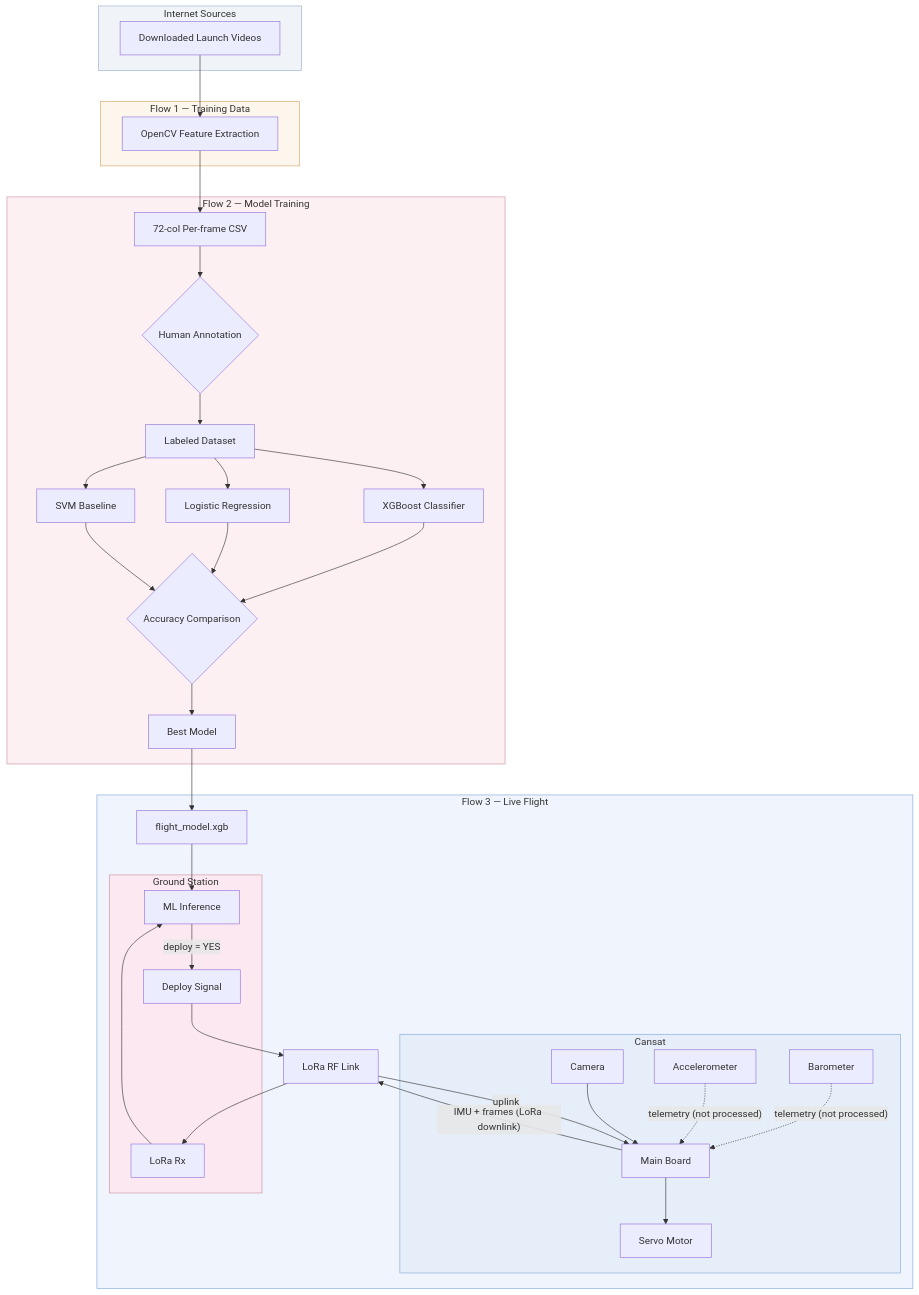
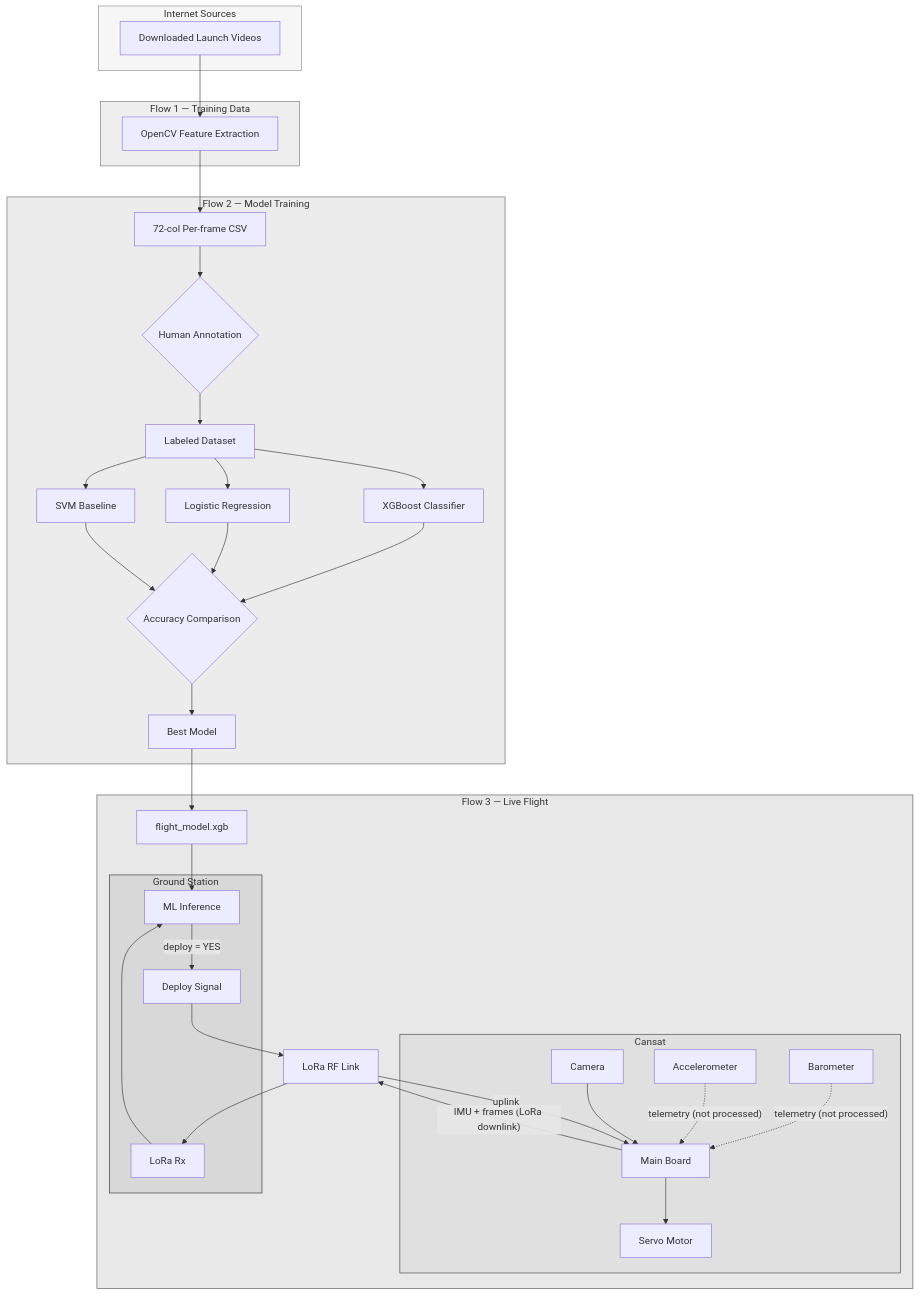
The first of 5 diagrams in README.md (7-wwh/AeroNotts), drawn with Mermaid before and after one commit. The commit also changed other lines of this file, not shown here.

Commit message:
docs: convert diagrams to black/white grayscale

````diff
--- a/README.md
+++ b/README.md
@@ -50,70 +10,70 @@
 ```mermaid
 flowchart TB
     subgraph INTERNET ["Internet Sources"]
         V[Downloaded Launch Videos]
     end
 
     subgraph PIPELINE ["Flow 1 — Training Data"]
         EX[OpenCV Feature Extraction]
     end
 
     subgraph TRAINING ["Flow 2 — Model Training"]
         CSV[72-col Per-frame CSV]
         HUM{Human Annotation}
         LD[Labeled Dataset]
         XGB[XGBoost Classifier]
         LR[Logistic Regression]
         SVM[SVM Baseline]
         ACC{Accuracy Comparison}
         BEST[Best Model]
     end
 
     subgraph FLIGHT ["Flow 3 — Live Flight"]
         subgraph CANSAT ["Cansat"]
             BARO[Barometer]
             GYRO[Accelerometer]
             CAM[Camera]
             SERVO[Servo Motor]
             BOARD[Main Board]
         end
         subgraph GROUND ["Ground Station"]
             LORA_RX[LoRa Rx]
             PROC[ML Inference]
             SIGNAL[Deploy Signal]
         end
         MODEL[flight_model.xgb]
         LORA_RF[LoRa RF Link]
     end
 
     V --> EX
     EX --> CSV
     CSV --> HUM
     HUM --> LD
     LD --> XGB
     LD --> LR
     LD --> SVM
     XGB --> ACC
     LR  --> ACC
     SVM --> ACC
     ACC --> BEST
 
     BEST --> MODEL
     BARO -. "telemetry (not processed)" .-> BOARD
     GYRO -. "telemetry (not processed)" .-> BOARD
     CAM --> BOARD
     BOARD -- "IMU + frames (LoRa downlink)" --> LORA_RF
     LORA_RF --> LORA_RX
     LORA_RX --> PROC
     MODEL --> PROC
     PROC -- "deploy = YES" --> SIGNAL
     SIGNAL --> LORA_RF
     LORA_RF -- "uplink" --> BOARD
     BOARD --> SERVO
 
-    style INTERNET fill:#f0f4f8,stroke:#9aafca
-    style PIPELINE fill:#fdf6ec,stroke:#d4a96a
-    style TRAINING fill:#fdf0f3,stroke:#c98fa0
-    style FLIGHT  fill:#f0f5fd,stroke:#7da7d9
-    style CANSAT  fill:#e6eef9,stroke:#7da7d9
-    style GROUND  fill:#fce8f0,stroke:#c98fa0
+    style INTERNET fill:#f6f6f6,stroke:#8a8a8a
+    style PIPELINE fill:#eeeeee,stroke:#767676
+    style TRAINING fill:#ececec,stroke:#626262
+    style FLIGHT  fill:#e8e8e8,stroke:#555555
+    style CANSAT  fill:#e0e0e0,stroke:#444444
+    style GROUND  fill:#d8d8d8,stroke:#333333
 ```
````
